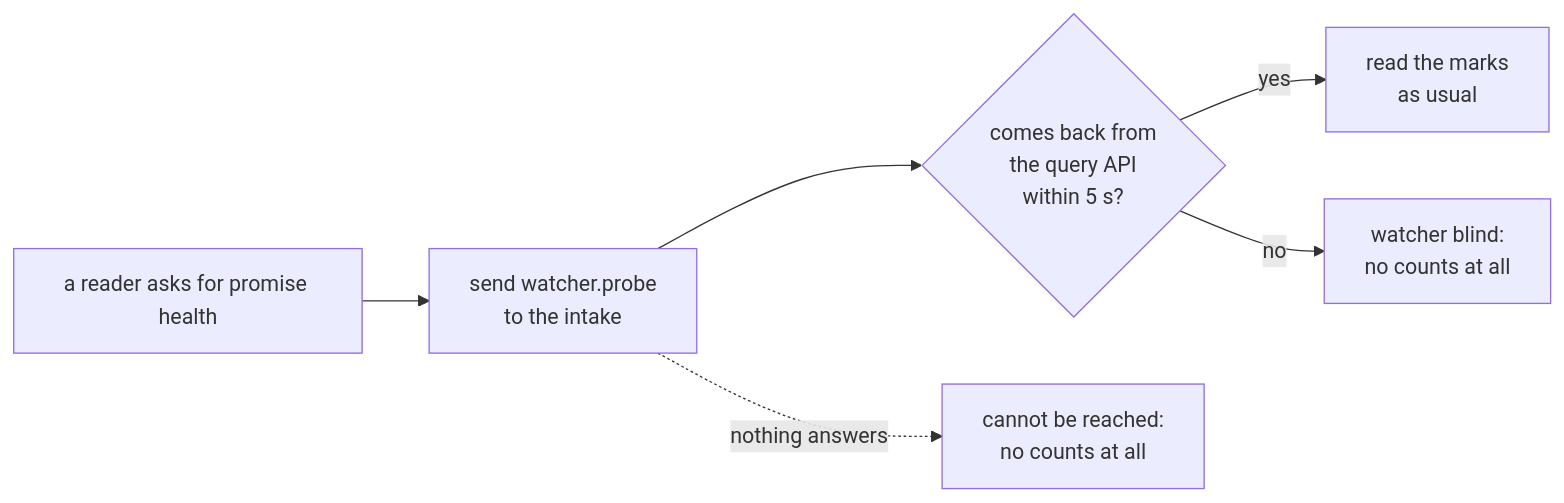
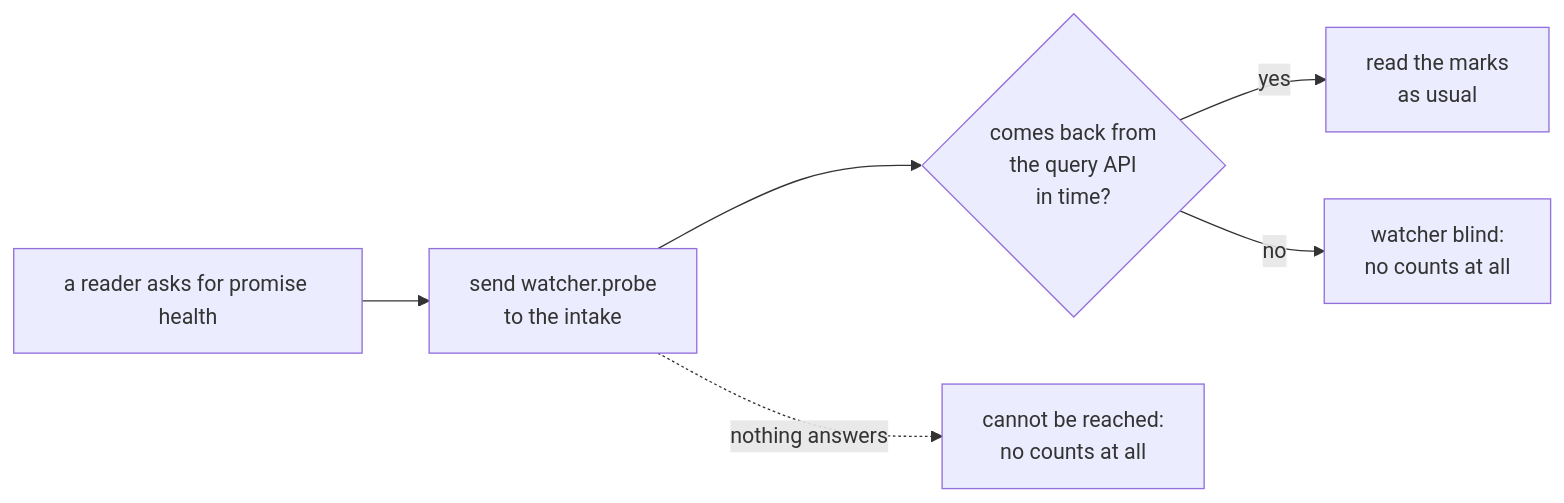
Before and after one commit to infinitedusky/indusk: the third of 3 diagrams in apps/docs/src/guide/promises.md, drawn with Mermaid. The commit also changed other lines of this file and 3 other files, not shown here.

````diff
--- a/apps/docs/src/guide/promises.md
+++ b/apps/docs/src/guide/promises.md
@@ -214,8 +214,8 @@
 ```mermaid
 flowchart LR
     Reader["a reader asks for promise health"] --> Probe["send watcher.probe<br/>to the intake"]
-    Probe --> Back{"comes back from<br/>the query API<br/>within 5 s?"}
+    Probe --> Back{"comes back from<br/>the query API<br/>in time?"}
     Back -->|yes| Marks["read the marks<br/>as usual"]
     Back -->|no| Blind["watcher blind:<br/>no counts at all"]
     Probe -.->|nothing answers| Unreachable["cannot be reached:<br/>no counts at all"]
 ```
````
